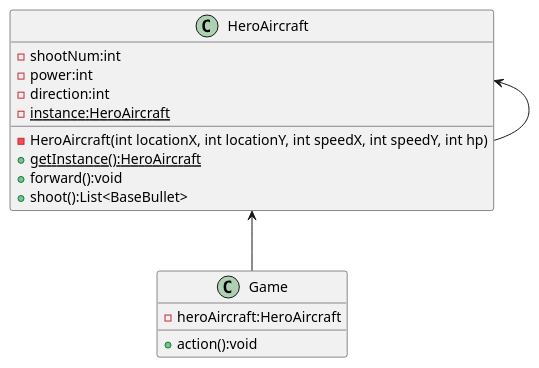
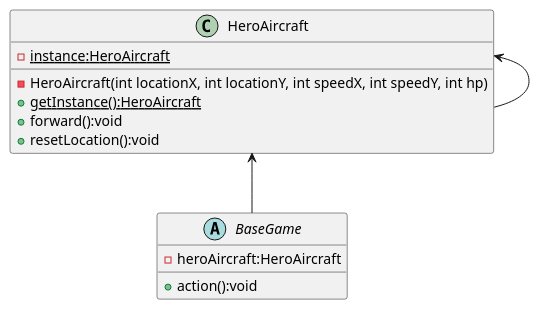
The diagram in uml/HeroAircraftSingleton.puml (linkfqy/AircraftWar), drawn with PlantUML before and after one commit. The commit also changed 7 other files, not shown here.

Commit message:
更新了UML类图

```diff
--- a/uml/HeroAircraftSingleton.puml
+++ b/uml/HeroAircraftSingleton.puml
@@ -1,18 +1,15 @@
 @startuml
 class HeroAircraft {
-    - shootNum:int
-    - power:int
-    - direction:int
     - {static} instance:HeroAircraft
     - HeroAircraft(int locationX, int locationY, int speedX, int speedY, int hp)
     + {static} getInstance():HeroAircraft
     + forward():void
-    + shoot():List<BaseBullet>
+    + resetLocation():void
 }
-class Game {
+abstract class BaseGame {
     - heroAircraft:HeroAircraft
     + action():void
 }
-HeroAircraft <-- Game
+HeroAircraft <-- BaseGame
 HeroAircraft <-- HeroAircraft
 @enduml
```
